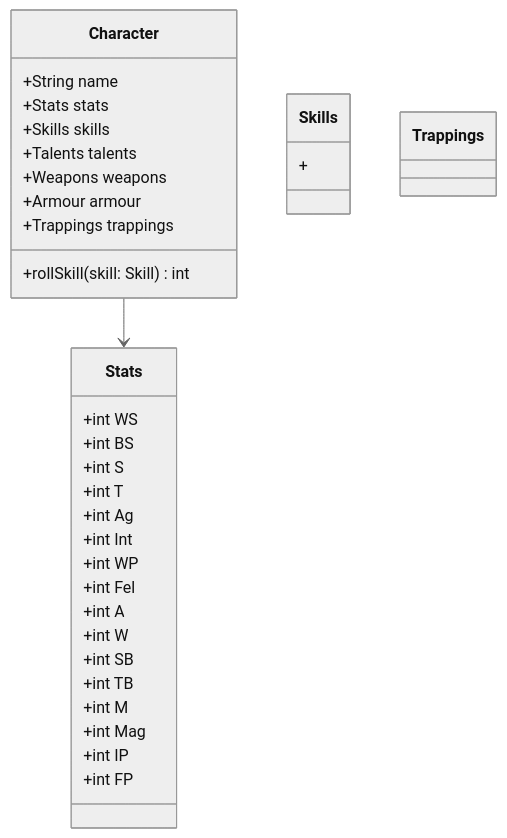
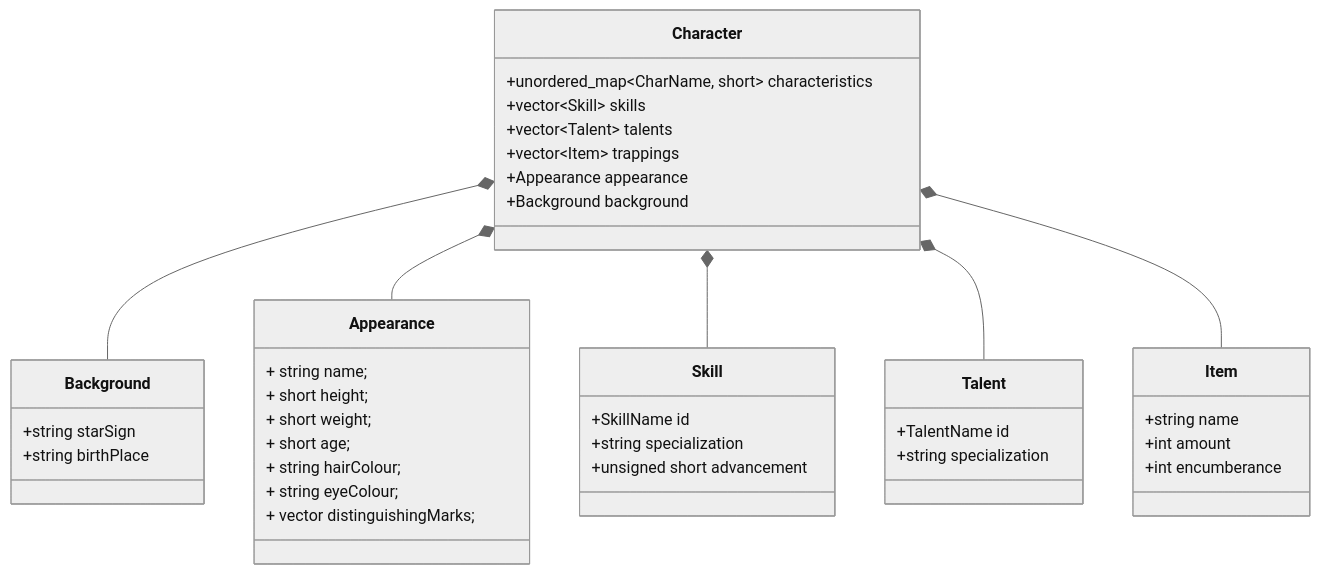
Before and after one commit to arthel37/wfrp2edEngine: the diagram in architecture.md, drawn with Mermaid (neutral theme). The commit also changed 1 other file, not shown here.

Commit message:
Revised architecture UML diagram after creating character structures

````diff
--- a/architecture.md
+++ b/architecture.md
@@ -1,38 +1,44 @@
 ```mermaid
 classDiagram
 class Character {
-+String name
-+Stats stats
-+Skills skills
-+Talents talents
-+Weapons weapons
-+Armour armour
-+Trappings trappings
-+rollSkill(skill: Skill) int
++unordered_map~CharName, short~ characteristics
++vector~Skill~ skills
++vector~Talent~ talents
++vector~Item~ trappings
++Appearance appearance
++Background background
 }
-class Stats {
-+int WS
-+int BS
-+int S
-+int T
-+int Ag
-+int Int
-+int WP
-+int Fel
-+int A
-+int W
-+int SB
-+int TB
-+int M
-+int Mag
-+int IP
-+int FP
+class Background {
++string starSign
++string birthPlace
 }
-class Skills {
-+
+class Appearance {
++ string name;
++ short height;
++ short weight;
++ short age;
++ string hairColour;
++ string eyeColour;
++ vector distinguishingMarks;
 }
-class Trappings {
+class Skill {
++SkillName id
++string specialization
++unsigned short advancement
+}
+class Talent {
++TalentName id
++string specialization
+}
+class Item {
++string name
++int amount
++int encumberance
+}
 
-}
-Character --> Stats
+Character *-- Background
+Character *-- Appearance
+Character *-- Skill
+Character *-- Talent
+Character *-- Item
 ```
````
